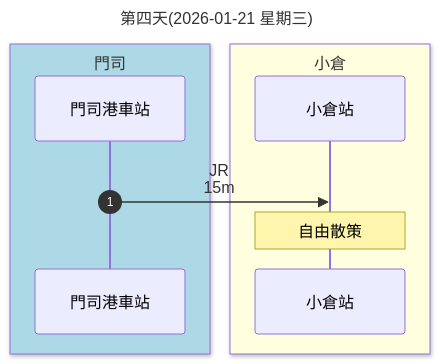
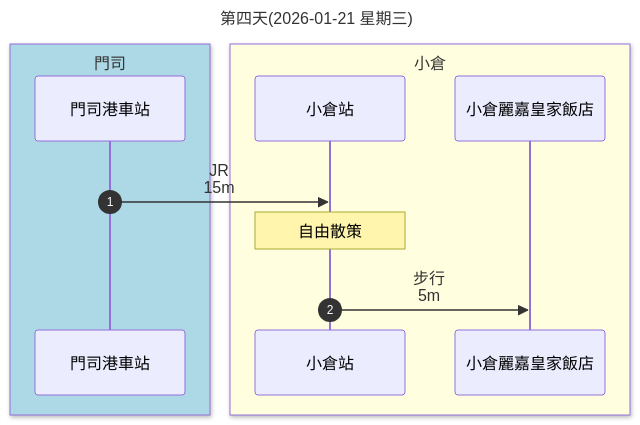
The sixth of 8 diagrams in 行程規劃A.md (Shuming-Yang/2026-January-Trip), drawn with Mermaid before and after one commit. The commit also changed other lines of this file, not shown here.

````diff
--- a/行程規劃A.md
+++ b/行程規劃A.md
@@ -222,13 +223,15 @@
 ```mermaid
 sequenceDiagram
     autonumber
     title: 第四天(2026-01-21 星期三)
     box lightblue 門司
     participant A as 門司港車站
     end
     box lightyellow 小倉
     participant B as 小倉站
+    participant C as 小倉麗嘉皇家飯店
     end
     A ->> B: JR<br>15m
     Note over B: 自由散策
+    B ->> C: 步行<br>5m
 ```
````
